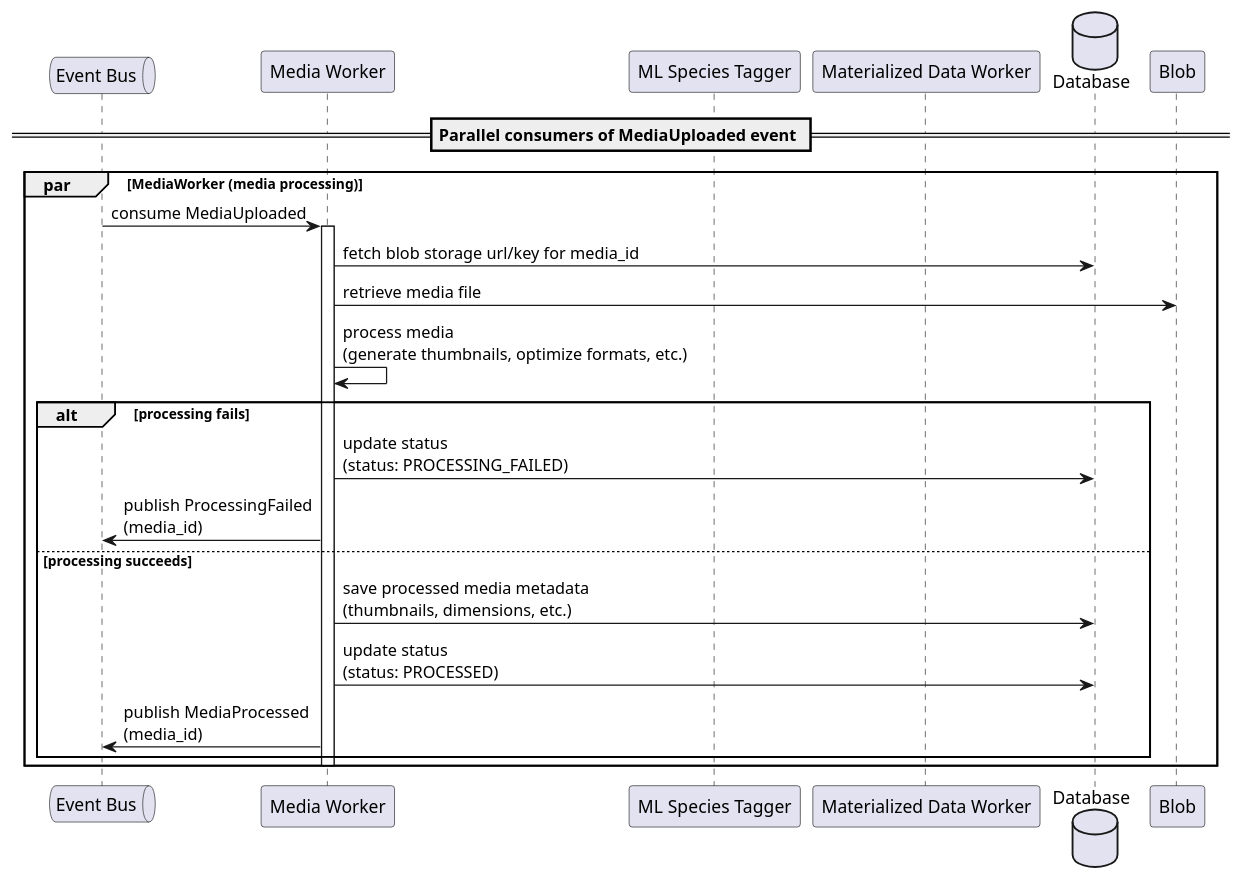
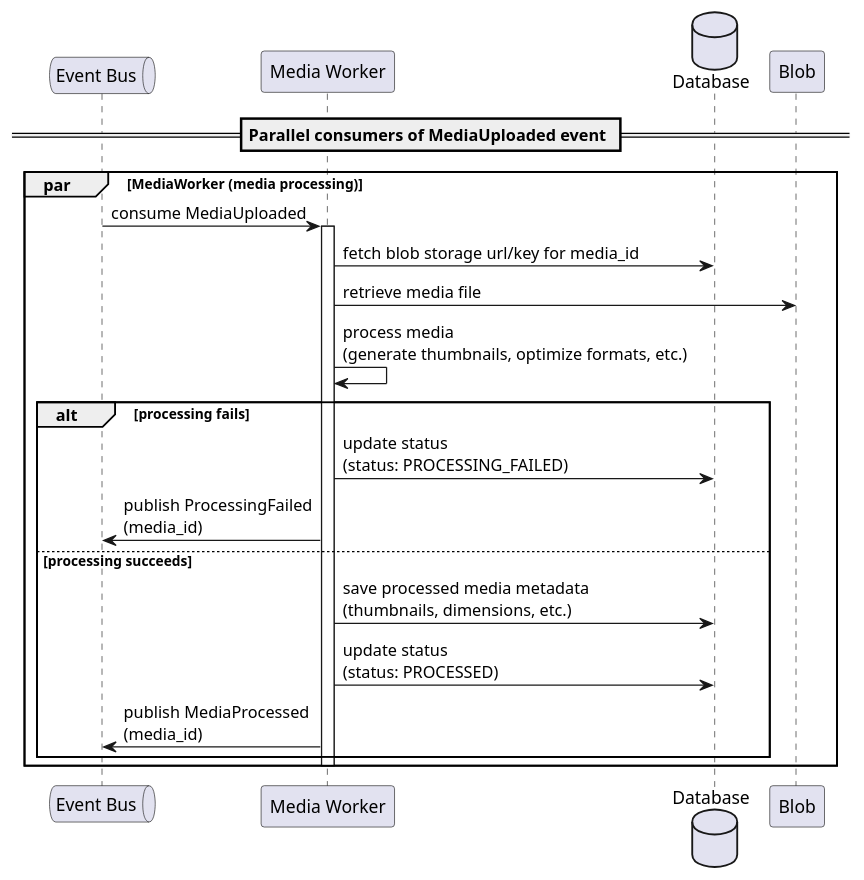
Before and after one commit to MikeF0007/reef-connect: the diagram in designs/sequences/media/media_upload/media_uploaded_event_consumers_sequence.puml, drawn with PlantUML. The commit also changed 1 other file, not shown here.

Commit message:
Remove unused participants from sequence diagrams
Removes participants that were defined but never referenced in a few of
the sequence diagrams.

```diff
--- a/designs/sequences/media/media_upload/media_uploaded_event_consumers_sequence.puml
+++ b/designs/sequences/media/media_upload/media_uploaded_event_consumers_sequence.puml
@@ -1,25 +1,23 @@
 @startuml MediaUploaded Event Consumers Sequence
 queue "Event Bus" as Events
 participant "Media Worker" as MediaWorker
-participant "ML Species Tagger" as MLTagger
-participant "Materialized Data Worker" as MaterializedDataWorker
 database "Database" as DB
 
 == Parallel consumers of MediaUploaded event ==
 par MediaWorker (media processing)
     Events -> MediaWorker: consume MediaUploaded
     activate MediaWorker
     MediaWorker -> DB: fetch blob storage url/key for media_id
     MediaWorker -> Blob: retrieve media file
     MediaWorker -> MediaWorker: process media\n(generate thumbnails, optimize formats, etc.)
     alt processing fails
         MediaWorker -> DB: update status\n(status: PROCESSING_FAILED)
         MediaWorker -> Events: publish ProcessingFailed\n(media_id)
     else processing succeeds
         MediaWorker -> DB: save processed media metadata\n(thumbnails, dimensions, etc.)
         MediaWorker -> DB: update status\n(status: PROCESSED)
         MediaWorker -> Events: publish MediaProcessed\n(media_id)
     end
     deactivate MediaWorker
 end par
 @enduml
```
